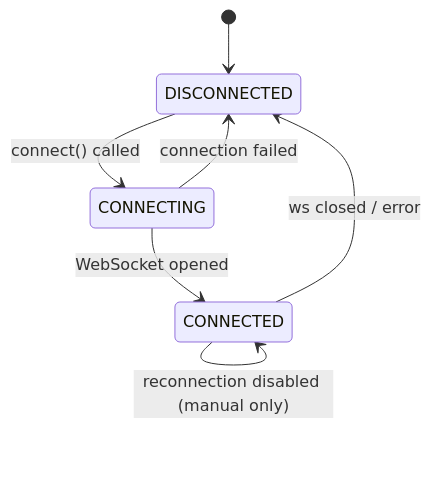
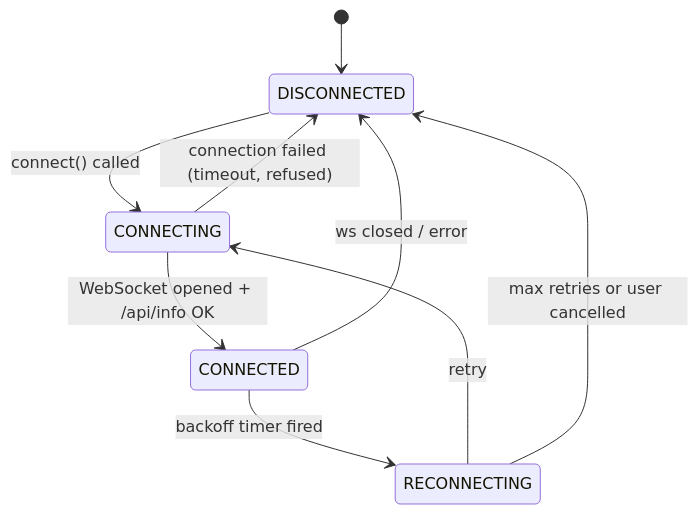
One commit to meowtochondria/EvilCrowRF-V2 changed the second of 10 diagrams in hass/docs/plan.md. Above: the diagram before and after it, drawn with Mermaid. The commit also changed other lines of this file, not shown here.

````diff
--- a/hass/docs/plan.md
+++ b/hass/docs/plan.md
@@ -378,9 +433,11 @@
 ```mermaid
 stateDiagram-v2
     [*] --> DISCONNECTED
     DISCONNECTED --> CONNECTING: connect() called
-    CONNECTING --> CONNECTED: WebSocket opened
-    CONNECTING --> DISCONNECTED: connection failed
+    CONNECTING --> CONNECTED: WebSocket opened + /api/info OK
+    CONNECTING --> DISCONNECTED: connection failed (timeout, refused)
     CONNECTED --> DISCONNECTED: ws closed / error
-    CONNECTED --> CONNECTED: reconnection disabled (manual only)
+    CONNECTED --> RECONNECTING: backoff timer fired
+    RECONNECTING --> CONNECTING: retry
+    RECONNECTING --> DISCONNECTED: max retries or user cancelled
 ```
````
